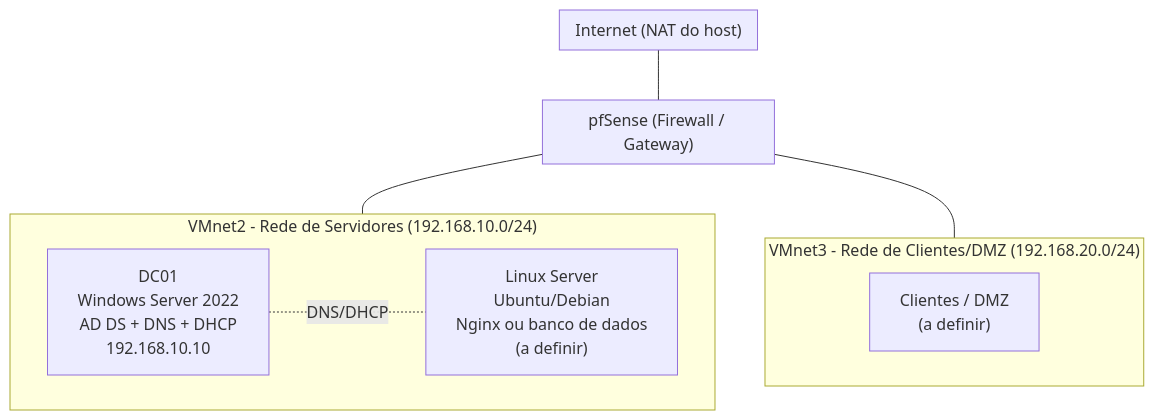
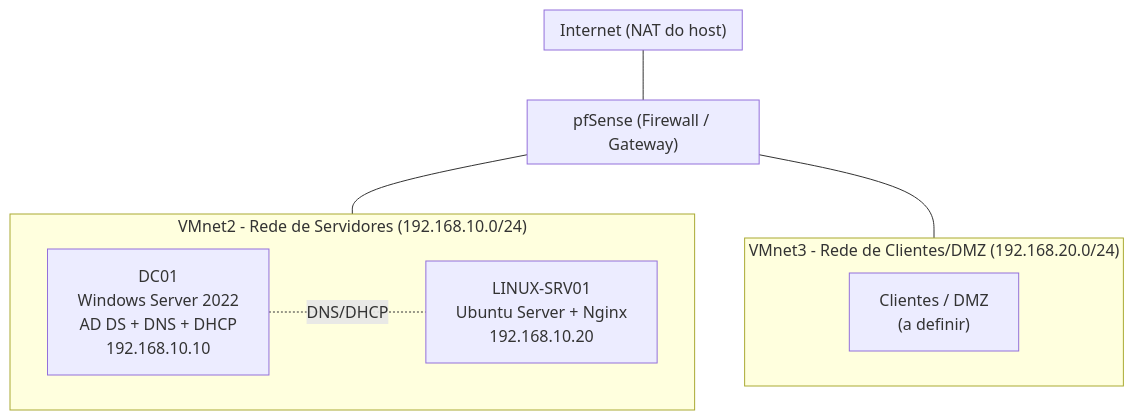
One commit to LucasAmaro1/home-datacenter-lab changed the diagram in README.md. Above: the diagram before and after it, drawn with Mermaid. The commit also changed other lines of this file, not shown here.

First line of the commit message:
Atualiza README com progresso da VM Linux

````diff
--- a/README.md
+++ b/README.md
@@ -17,22 +17,22 @@
 ```mermaid
 graph TB
     subgraph Internet["Internet (NAT do host)"]
     end
 
     subgraph pfSense["pfSense (Firewall / Gateway)"]
     end
 
     subgraph VMnet2["VMnet2 - Rede de Servidores (192.168.10.0/24)"]
         DC01["DC01<br/>Windows Server 2022<br/>AD DS + DNS + DHCP<br/>192.168.10.10"]
-        LINUX["Linux Server<br/>Ubuntu/Debian<br/>Nginx ou banco de dados<br/>(a definir)"]
+        LINUX["LINUX-SRV01<br/>Ubuntu Server + Nginx<br/>192.168.10.20"]
     end
 
     subgraph VMnet3["VMnet3 - Rede de Clientes/DMZ (192.168.20.0/24)"]
         CLIENTS["Clientes / DMZ<br/>(a definir)"]
     end
 
     Internet --- pfSense
     pfSense --- VMnet2
     pfSense --- VMnet3
     DC01 -.DNS/DHCP.- LINUX
 ```
````
